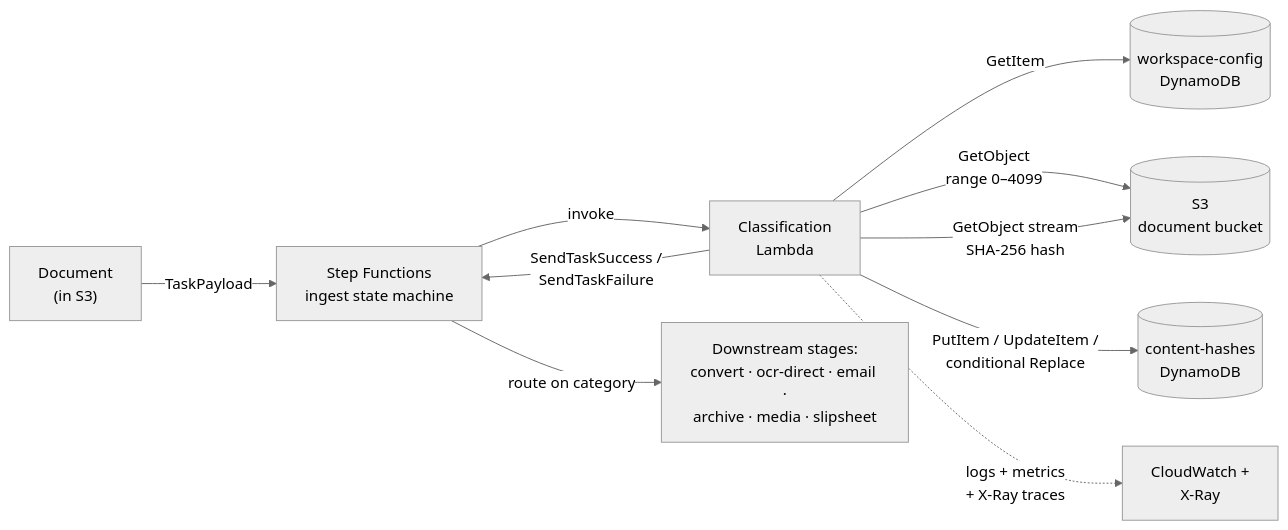
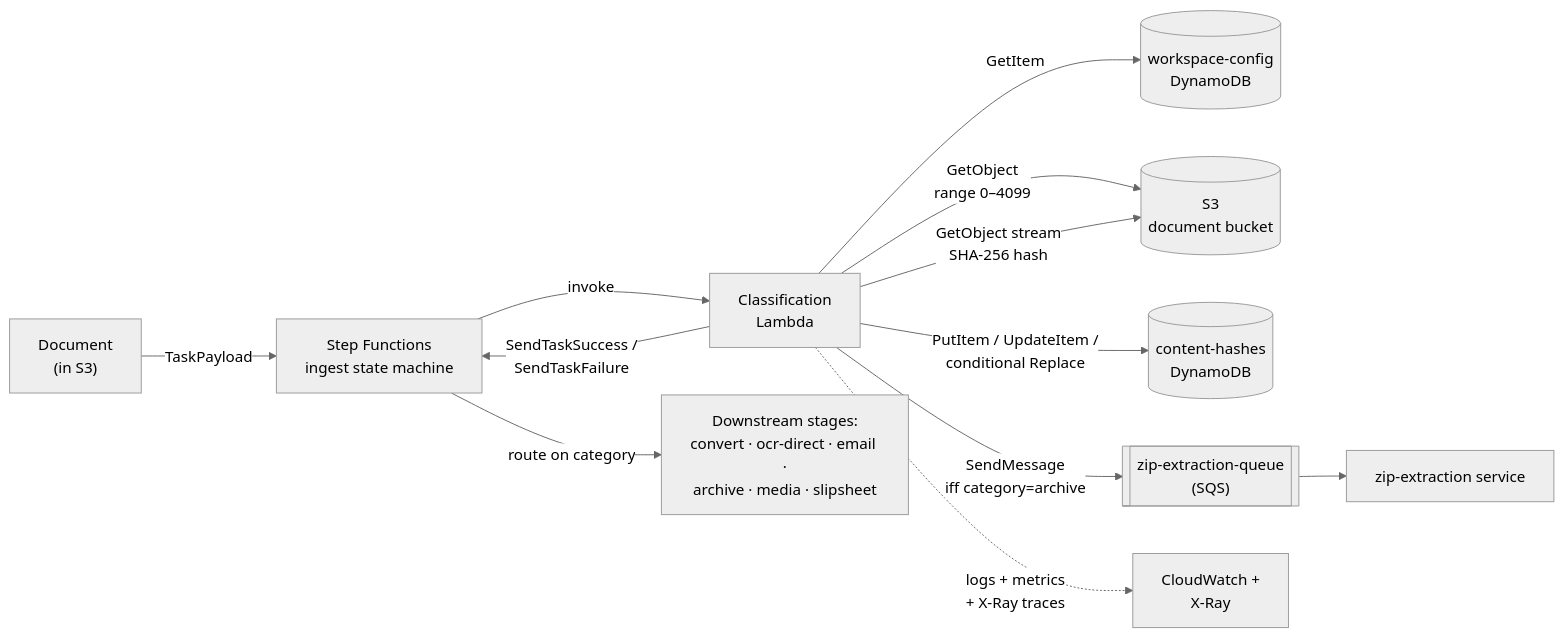
Before and after one commit to adityawagh1710/document-uploader-classification-service-demo: the diagram in README.md, drawn with Mermaid (neutral theme). The commit also changed other lines of this file and 33 other files, not shown here.

````diff
--- a/README.md
+++ b/README.md
@@ -27,12 +27,14 @@
 ```mermaid
 flowchart LR
     Doc["Document<br/>(in S3)"] -->|TaskPayload| SFN[Step Functions<br/>ingest state machine]
     SFN -->|invoke| Lambda[Classification<br/>Lambda]
     Lambda -->|GetItem| WC[("workspace-config<br/>DynamoDB")]
     Lambda -->|GetObject<br/>range 0–4099| S3[(S3<br/>document bucket)]
     Lambda -->|GetObject stream<br/>SHA-256 hash| S3
     Lambda -->|PutItem / UpdateItem /<br/>conditional Replace| CH[("content-hashes<br/>DynamoDB")]
     Lambda -->|SendTaskSuccess /<br/>SendTaskFailure| SFN
+    Lambda -->|SendMessage<br/>iff category=archive| ZQ[["zip-extraction-queue<br/>(SQS)"]]
+    ZQ --> ZX[zip-extraction service]
     Lambda -.->|logs + metrics<br/>+ X-Ray traces| CW[CloudWatch +<br/>X-Ray]
     SFN -->|route on category| Next["Downstream stages:<br/>convert · ocr-direct · email ·<br/>archive · media · slipsheet"]
 ```
````
